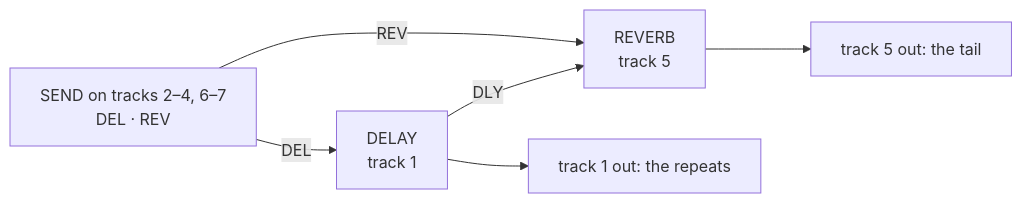
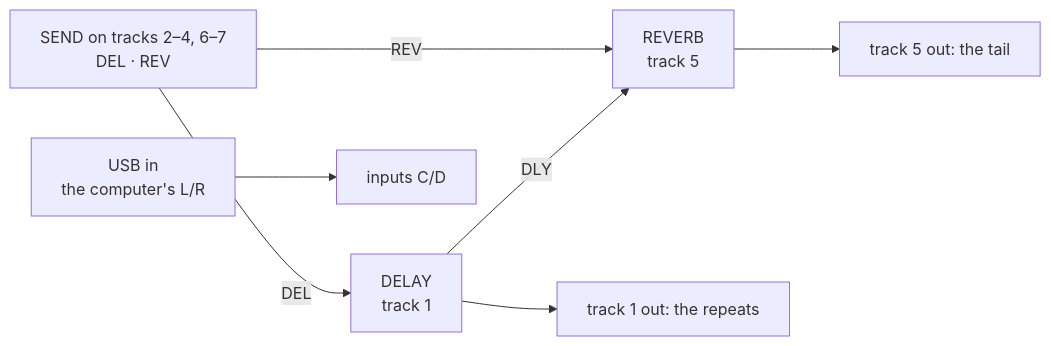
One commit to Ignorato/octabam changed the diagram in remixes/bottleservice/README.md. Above: the diagram before and after it, drawn with Mermaid. The commit also changed other lines of this file and 7 other files, not shown here.

First line of the commit message:
bottleservice takes the computer's audio in on C/D; USB AUDIO OUT MASTER polls every 250 us

````diff
--- a/remixes/bottleservice/README.md
+++ b/remixes/bottleservice/README.md
@@ -26,11 +26,12 @@
 ```mermaid
 flowchart LR
     S["SEND on tracks 2–4, 6–7<br/>DEL · REV"]
     D["DELAY<br/>track 1"]
     R["REVERB<br/>track 5"]
     S -- DEL --> D
     S -- REV --> R
     D -- DLY --> R
     D --> O1["track 1 out: the repeats"]
     R --> O5["track 5 out: the tail"]
+    U["USB in<br/>the computer's L/R"] --> CD["inputs C/D"]
 ```
````
